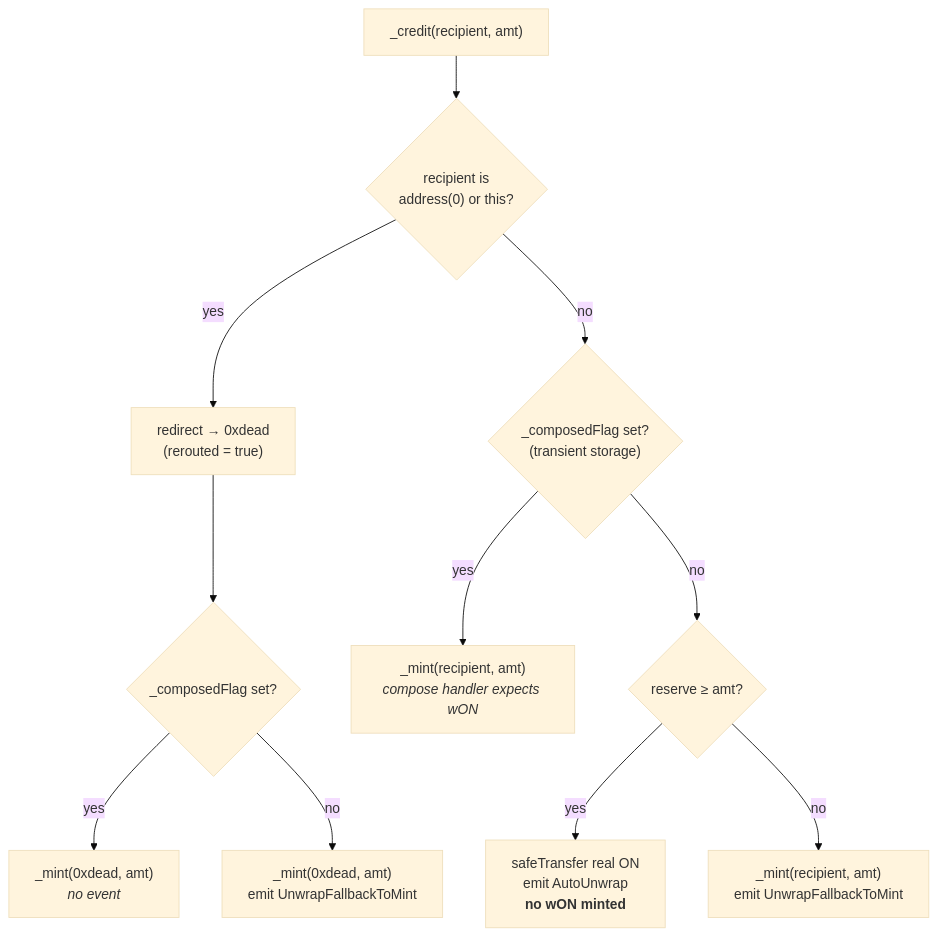
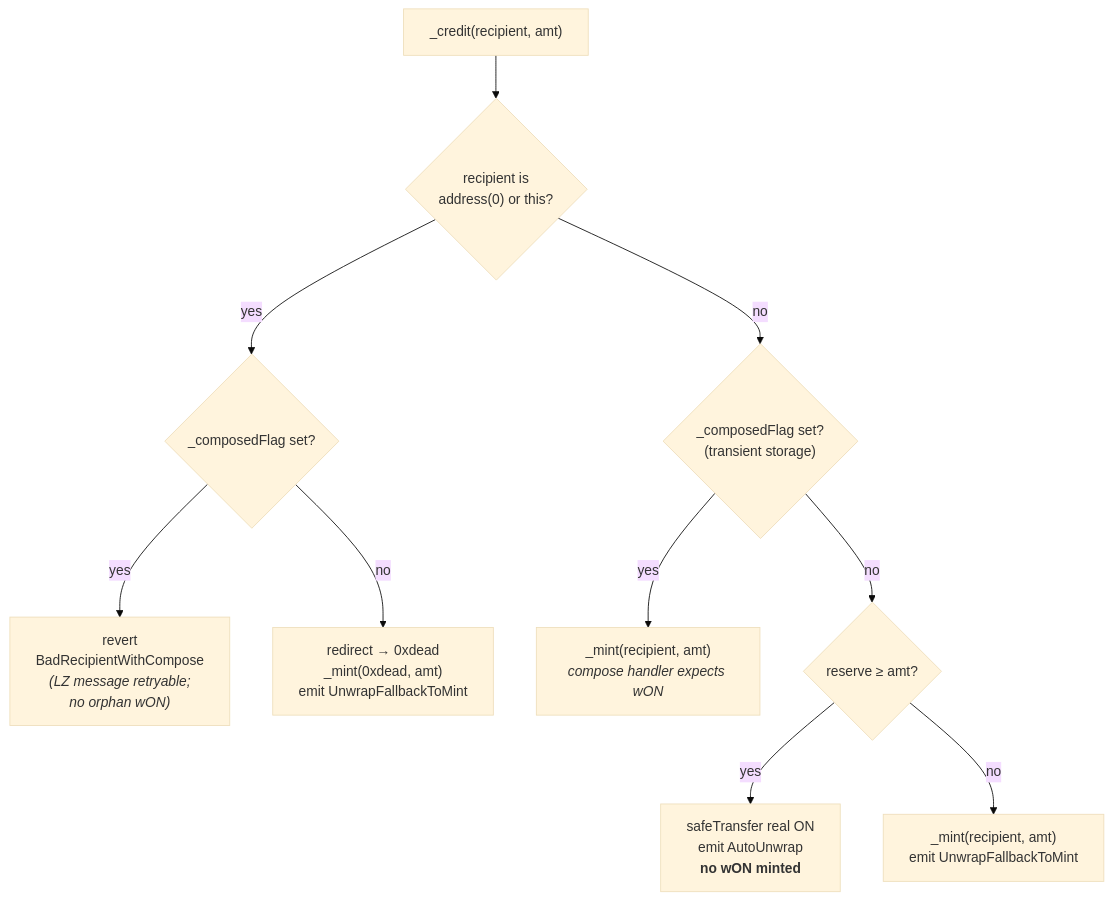
Before and after one commit to orochi-network/bridge: the third of 3 diagrams in docs/ARCHITECTURE.md, drawn with Mermaid (base theme). The commit also changed other lines of this file and 8 other files, not shown here.

````diff
--- a/docs/ARCHITECTURE.md
+++ b/docs/ARCHITECTURE.md
@@ -121,13 +124,12 @@
 ```mermaid
 flowchart TD
     A["_credit(recipient, amt)"] --> B{"recipient is<br/>address(0) or this?"}
-    B -->|yes| C["redirect → 0xdead<br/>(rerouted = true)"]
+    B -->|yes| BC{"_composedFlag set?"}
     B -->|no| D{"_composedFlag set?<br/>(transient storage)"}
-    C --> CC{"_composedFlag set?"}
-    CC -->|yes| CY["_mint(0xdead, amt)<br/><i>no event</i>"]
-    CC -->|no| CN["_mint(0xdead, amt)<br/>emit UnwrapFallbackToMint"]
+    BC -->|yes| BR["revert<br/>BadRecipientWithCompose<br/><i>(LZ message retryable;<br/>no orphan wON)</i>"]
+    BC -->|no| C["redirect → 0xdead<br/>_mint(0xdead, amt)<br/>emit UnwrapFallbackToMint"]
     D -->|yes| F["_mint(recipient, amt)<br/><i>compose handler expects wON</i>"]
     D -->|no| G{"reserve ≥ amt?"}
     G -->|yes| H["safeTransfer real ON<br/>emit AutoUnwrap<br/><b>no wON minted</b>"]
     G -->|no| I["_mint(recipient, amt)<br/>emit UnwrapFallbackToMint"]
 ```
````
